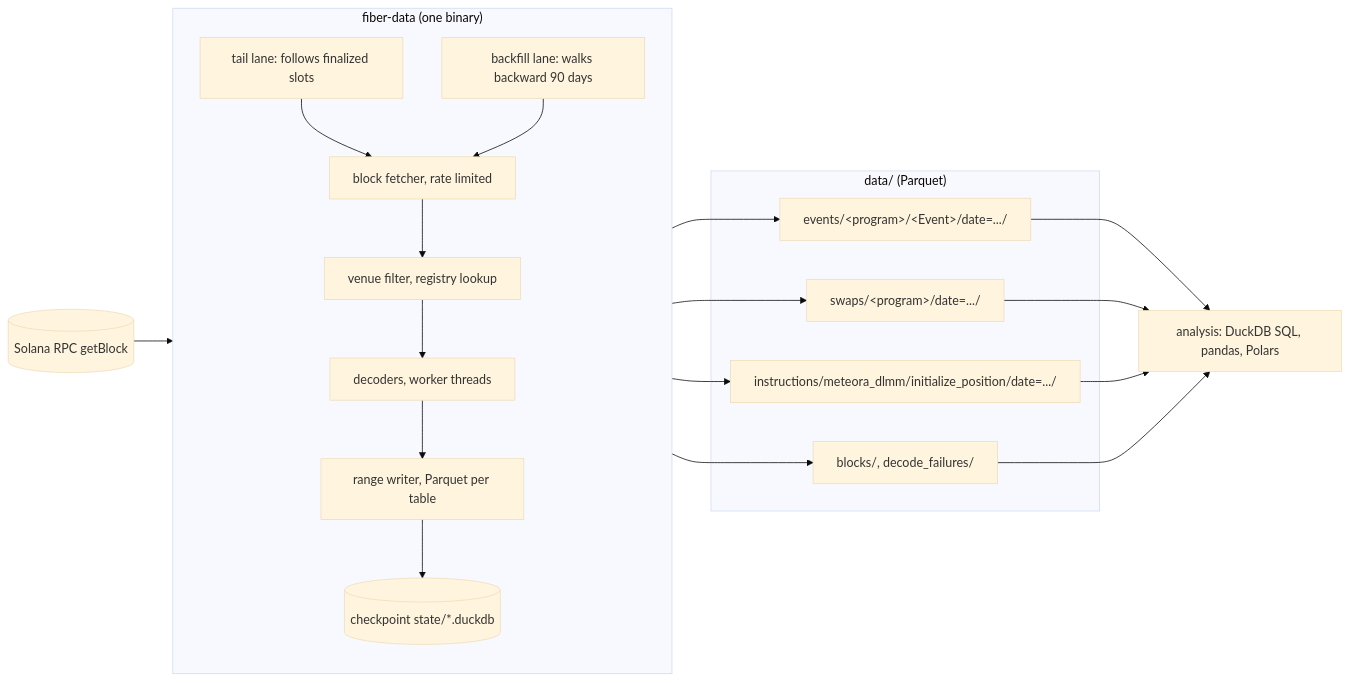
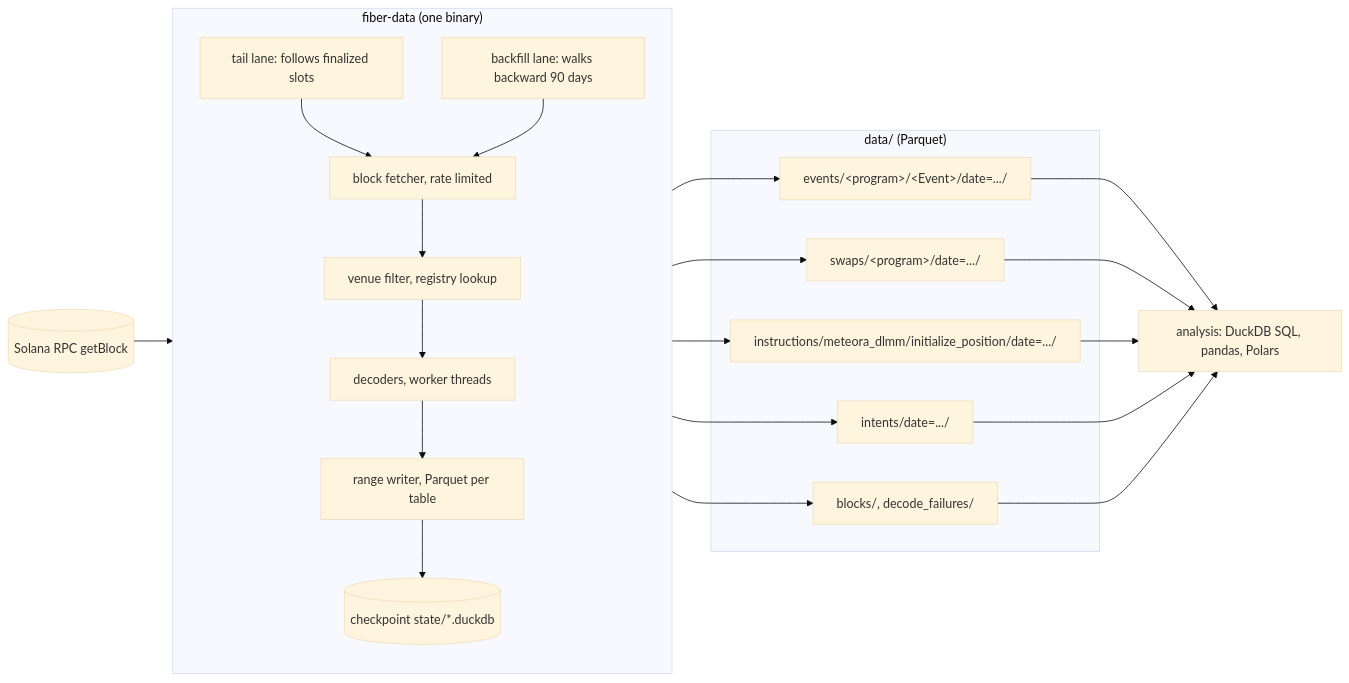
Before and after one commit to Noobmaster169/liquidity-data: the first of 6 diagrams in docs/superpowers/specs/2026-10-15-fiber-data-collector-design.md, drawn with Mermaid (base theme). The commit also changed other lines of this file, not shown here.

Commit message:
Spec: intents table, refined trader/netting rules, measured 90-day sizing, IDL open items

````diff
--- a/docs/superpowers/specs/2026-10-15-fiber-data-collector-design.md
+++ b/docs/superpowers/specs/2026-10-15-fiber-data-collector-design.md
@@ -37,28 +38,29 @@
 ```mermaid
 flowchart LR
     RPC[("Solana RPC getBlock")]
     subgraph collector["fiber-data (one binary)"]
         direction TB
         TAIL["tail lane: follows finalized slots"]
         BACK["backfill lane: walks backward 90 days"]
         FETCH["block fetcher, rate limited"]
         FILTER["venue filter, registry lookup"]
         DEC["decoders, worker threads"]
         WRITE["range writer, Parquet per table"]
         CKPT[("checkpoint state/*.duckdb")]
     end
     subgraph data["data/ (Parquet)"]
         EV["events/&lt;program&gt;/&lt;Event&gt;/date=.../"]
         SW["swaps/&lt;program&gt;/date=.../"]
         INS["instructions/meteora_dlmm/initialize_position/date=.../"]
+        INT["intents/date=.../"]
         COV["blocks/, decode_failures/"]
     end
     Q["analysis: DuckDB SQL, pandas, Polars"]
 
     TAIL --> FETCH
     BACK --> FETCH
     RPC --> FETCH --> FILTER --> DEC --> WRITE
-    WRITE --> EV & SW & INS & COV
+    WRITE --> EV & SW & INS & INT & COV
     WRITE --> CKPT
-    EV & SW & INS & COV --> Q
+    EV & SW & INS & INT & COV --> Q
 ```
````
